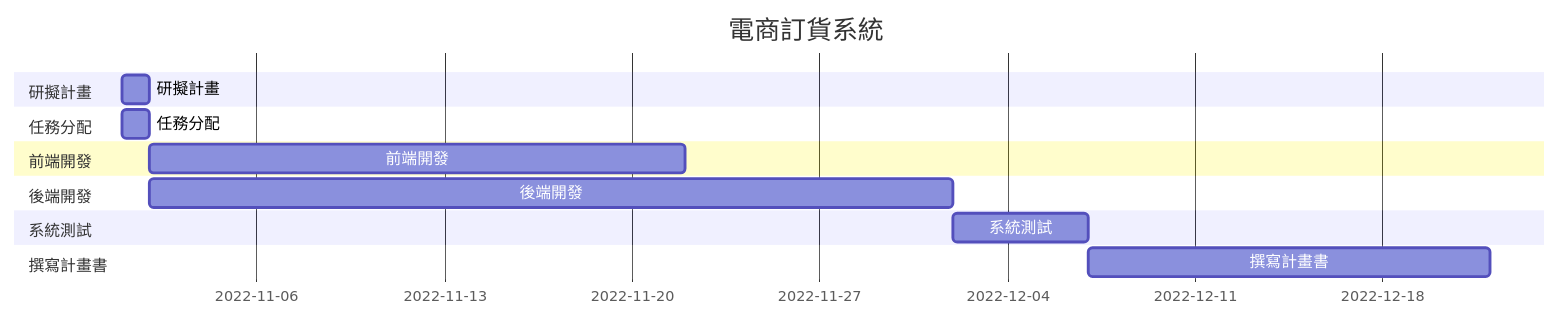
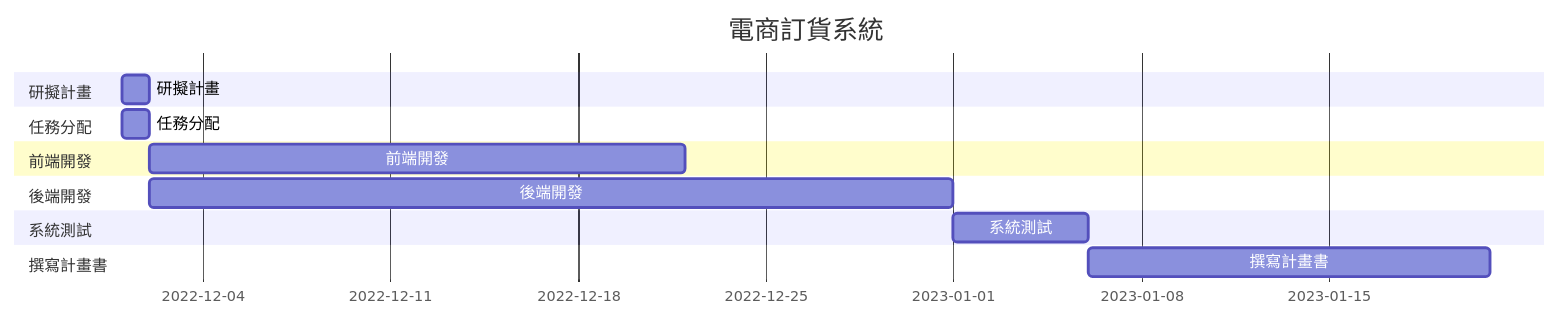
Before and after one commit to Hsxxnil/SystemAnalysis-group15: the diagram in README.md, drawn with Mermaid.

````diff
--- a/README.md
+++ b/README.md
@@ -19,21 +19,21 @@
 ```mermaid
 gantt
     title 電商訂貨系統
     section 研擬計畫
-    研擬計畫:a1, 2022-11-1, 1d
+    研擬計畫:a1, 2022-12-1, 1d
     
     section 任務分配
-    任務分配:a2,2022-11-1, 1d
+    任務分配:a2,2022-12-1, 1d
     
     section 前端開發
     前端開發:a3,after a2,20d
     
     section 後端開發
     後端開發:a4,after a2, 30d
     
     section 系統測試
     系統測試:a5,after a4, 5d
     
     section 撰寫計畫書
     撰寫計畫書:a6,after a5, 15d
 ```
````
